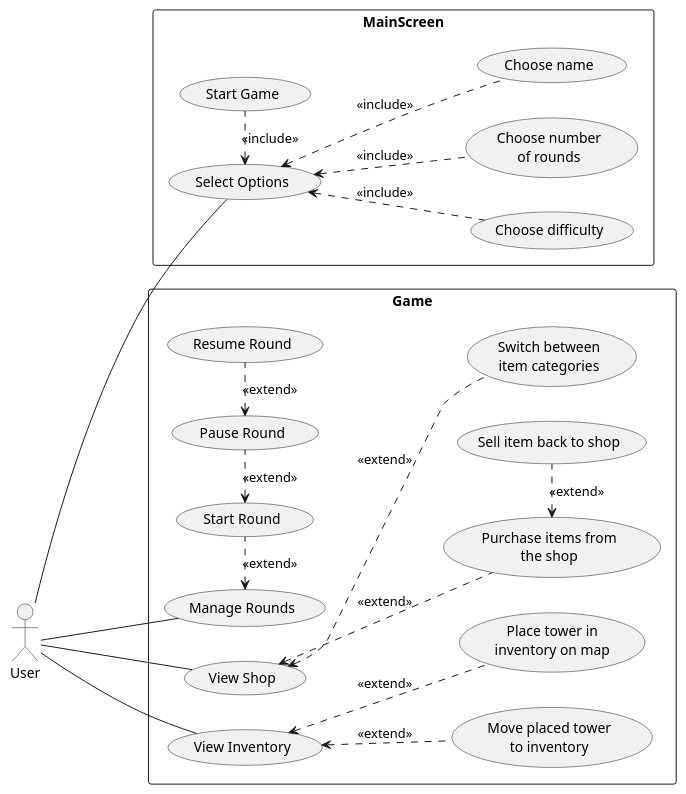
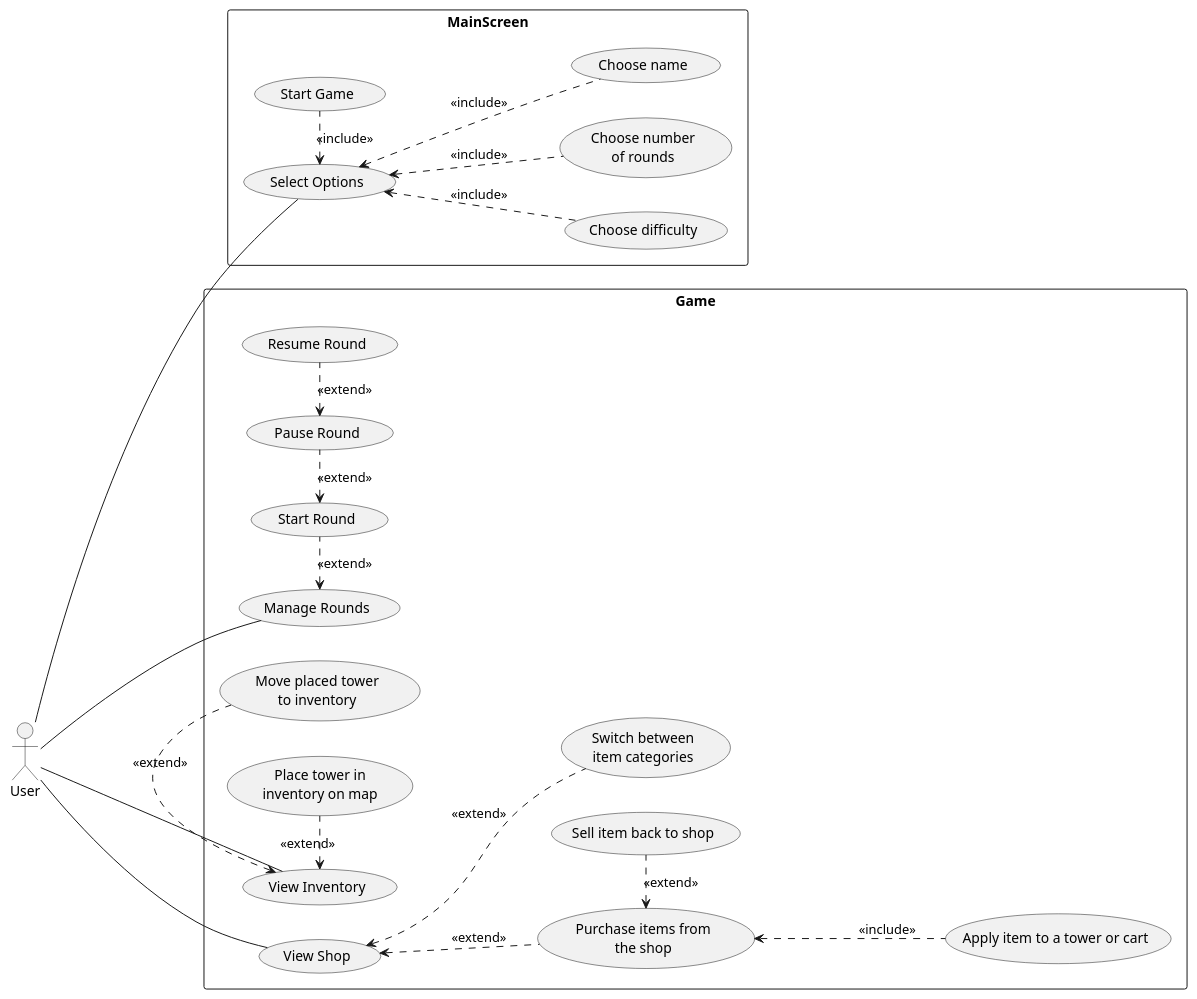
The diagram in Use Case Diagram.puml (wbr38/SENG201-ResourceRush), drawn with PlantUML before and after one commit.

Commit message:
completed use case diagram

```diff
--- a/Use Case Diagram.puml
+++ b/Use Case Diagram.puml
@@ -1,35 +1,36 @@
 @startuml
 'https://plantuml.com/use-case-diagram
 
 left to right direction
 skinparam packageStyle rectangle
 
 actor User
 
 rectangle MainScreen {
 User --- (Select Options)
 (Select Options) <.. (Choose difficulty) : "<<include>>"
 (Select Options) <.. (Choose number\nof rounds) : "<<include>>"
 (Select Options) <.. (Choose name) : "<<include>>"
 (Select Options) <. (Start Game) : "                      <<include>>"
 }
 
 rectangle Game {
 User --- (View Shop)
 User --- (View Inventory)
 
 User --- (Manage Rounds)
 (Manage Rounds) <. (Start Round) : "                      <<extend>>"
 (Start Round) <. (Pause Round) : "                      <<extend>>"
 (Pause Round) <. (Resume Round) : "                      <<extend>>"
 
 (View Shop) <.. (Switch between\nitem categories) : "<<extend>>"
 (View Shop) <.. (Purchase items from\nthe shop) : "<<extend>>"
 (Purchase items from\nthe shop) <. (Sell item back to shop) : "                      <<extend>>"
+(Purchase items from\nthe shop) <.. (Apply item to a tower or cart) : "                      <<include>>"
 
-(View Inventory) <.. (Move placed tower\nto inventory) : "<<extend>>"
-(View Inventory) <.. (Place tower in\ninventory on map) : "<<extend>>"
+(View Inventory) <. (Move placed tower\nto inventory) : "<<extend>>"
+(View Inventory) <. (Place tower in\ninventory on map) : "<<extend>>"
 
 
 }
 @enduml
```
